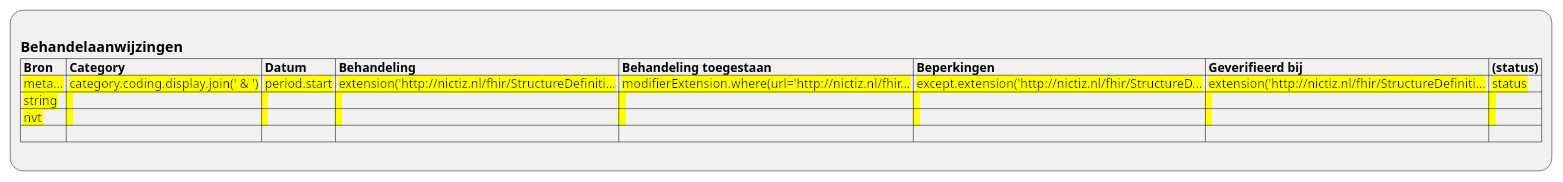
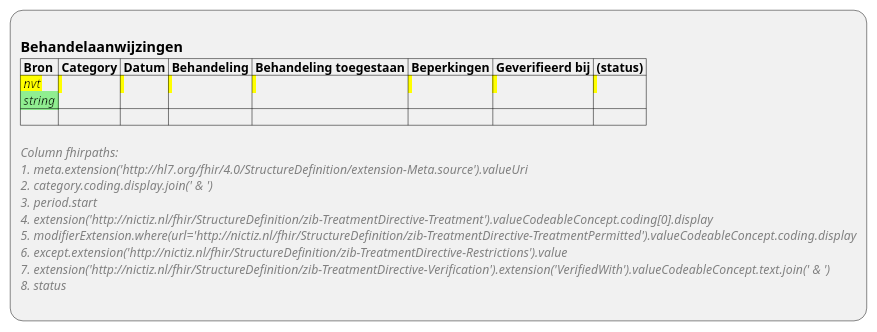
One commit to RIVO-Noord/zorgviewer-ig changed the diagram in input/images-source/ViewDefinition-Behandelaanwijzingen.plantuml. Above: the diagram before and after it, drawn with PlantUML. The commit also changed 11 other files, not shown here.

```diff
--- a/input/images-source/ViewDefinition-Behandelaanwijzingen.plantuml
+++ b/input/images-source/ViewDefinition-Behandelaanwijzingen.plantuml
@@ -1,10 +1,18 @@
 @startuml ViewDefinition-Behandelaanwijzingen
 :
 == Behandelaanwijzingen
 |= Bron |= Category |= Datum |= Behandeling |= Behandeling toegestaan |= Beperkingen |= Geverifieerd bij |= (status) |
-|<back:yellow> meta... |<back:yellow> category.coding.display.join(' & ') |<back:yellow> period.start |<back:yellow> extension('http://nictiz.nl/fhir/StructureDefiniti... |<back:yellow> modifierExtension.where(url='http://nictiz.nl/fhir... |<back:yellow> except.extension('http://nictiz.nl/fhir/StructureD... |<back:yellow> extension('http://nictiz.nl/fhir/StructureDefiniti... |<back:yellow> status |
-|<back:yellow> string |<back:yellow>  |<back:yellow>  |<back:yellow>  |<back:yellow>  |<back:yellow>  |<back:yellow>  |<back:yellow>  |
-|<back:yellow> nvt |<back:yellow>  |<back:yellow>  |<back:yellow>  |<back:yellow>  |<back:yellow>  |<back:yellow>  |<back:yellow>  |
+|<back:yellow> //nvt//\n<back:lightgreen> //string// |<back:yellow> \n |<back:yellow> \n |<back:yellow> \n |<back:yellow> \n |<back:yellow> \n |<back:yellow> \n |<back:yellow> \n |
 | |
+
+<color:gray>//Column fhirpaths://
+<color:gray>//1. meta.extension('http:~//hl7.org/fhir/4.0/StructureDefinition/extension-Meta.source').valueUri//
+<color:gray>//2. category.coding.display.join(' & ')//
+<color:gray>//3. period.start//
+<color:gray>//4. extension('http:~//nictiz.nl/fhir/StructureDefinition/zib-TreatmentDirective-Treatment').valueCodeableConcept.coding[0].display//
+<color:gray>//5. modifierExtension.where(url='http:~//nictiz.nl/fhir/StructureDefinition/zib-TreatmentDirective-TreatmentPermitted').valueCodeableConcept.coding.display//
+<color:gray>//6. except.extension('http:~//nictiz.nl/fhir/StructureDefinition/zib-TreatmentDirective-Restrictions').value//
+<color:gray>//7. extension('http:~//nictiz.nl/fhir/StructureDefinition/zib-TreatmentDirective-Verification').extension('VerifiedWith').valueCodeableConcept.text.join(' & ')//
+<color:gray>//8. status//
 ;
 @enduml
```
